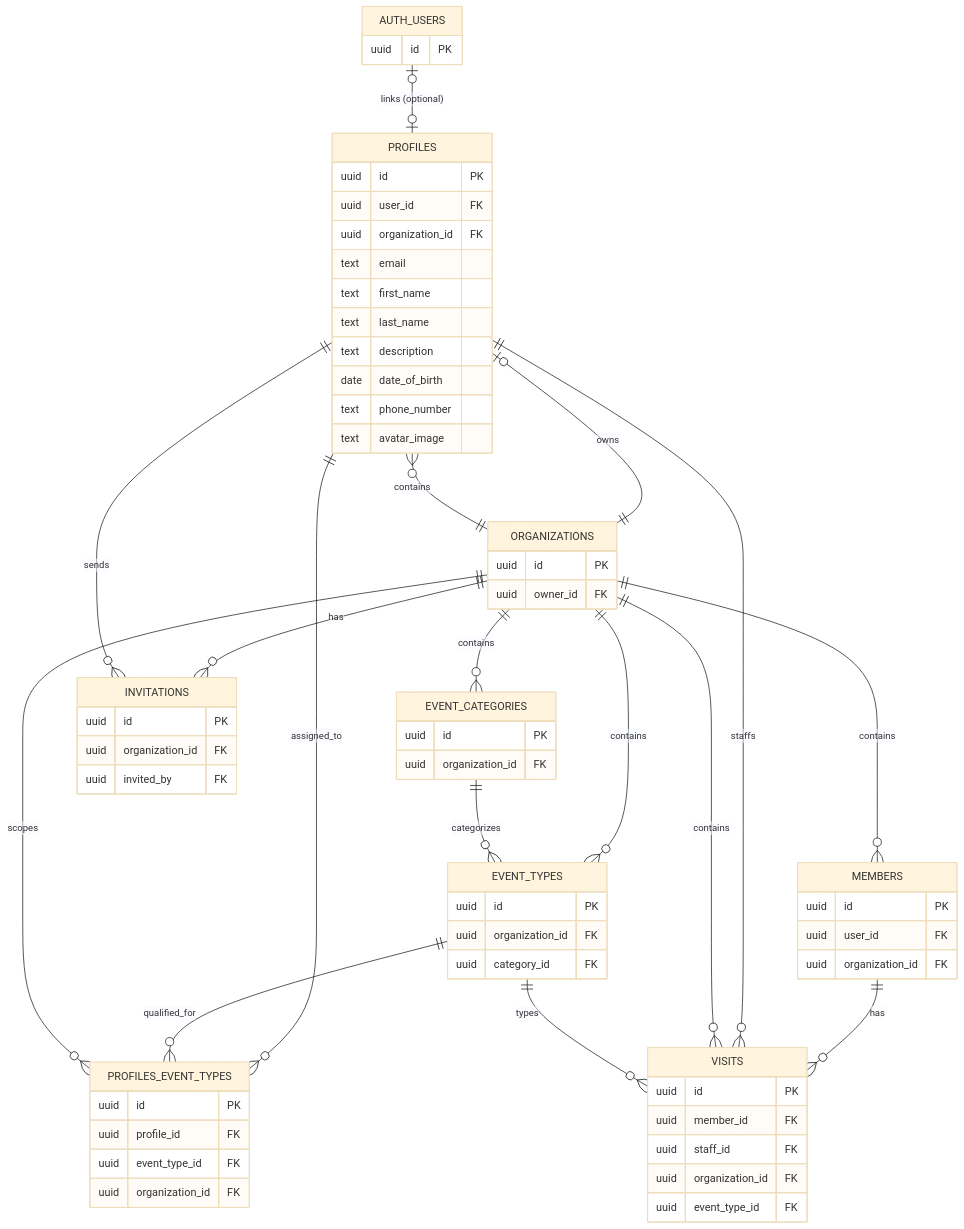
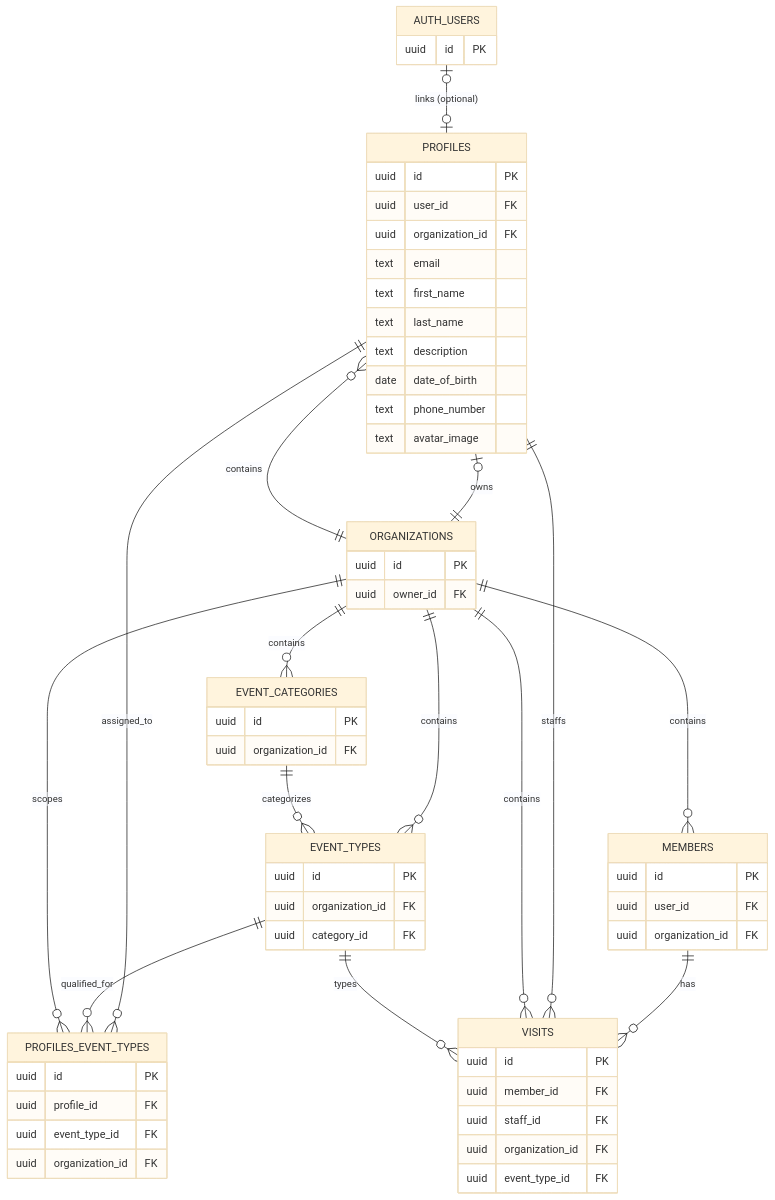
Before and after one commit to proginmind/wellness-manage: the diagram in README.md, drawn with Mermaid (base theme). The commit also changed other lines of this file and 39 other files, not shown here.

````diff
--- a/README.md
+++ b/README.md
@@ -113,71 +113,64 @@
 ```mermaid
 erDiagram
   AUTH_USERS {
     uuid id PK
   }
   ORGANIZATIONS {
     uuid id PK
     uuid owner_id FK
   }
   EVENT_CATEGORIES {
     uuid id PK
     uuid organization_id FK
   }
   EVENT_TYPES {
     uuid id PK
     uuid organization_id FK
     uuid category_id FK
-  }
-  INVITATIONS {
-    uuid id PK
-    uuid organization_id FK
-    uuid invited_by FK
   }
   MEMBERS {
     uuid id PK
     uuid user_id FK
     uuid organization_id FK
   }
   PROFILES {
     uuid id PK
     uuid user_id FK
     uuid organization_id FK
     text email
     text first_name
     text last_name
     text description
     date date_of_birth
     text phone_number
     text avatar_image
   }
   PROFILES_EVENT_TYPES {
     uuid id PK
     uuid profile_id FK
     uuid event_type_id FK
     uuid organization_id FK
   }
   VISITS {
     uuid id PK
     uuid member_id FK
     uuid staff_id FK
     uuid organization_id FK
     uuid event_type_id FK
   }
 
   AUTH_USERS o|--o| PROFILES : "links (optional)"
   PROFILES o|--|| ORGANIZATIONS : owns
   ORGANIZATIONS ||--o{ PROFILES : contains
   ORGANIZATIONS ||--o{ EVENT_CATEGORIES : contains
   ORGANIZATIONS ||--o{ EVENT_TYPES : contains
   EVENT_CATEGORIES ||--o{ EVENT_TYPES : categorizes
-  ORGANIZATIONS ||--o{ INVITATIONS : has
-  PROFILES ||--o{ INVITATIONS : sends
   ORGANIZATIONS ||--o{ MEMBERS : contains
   PROFILES ||--o{ PROFILES_EVENT_TYPES : assigned_to
   EVENT_TYPES ||--o{ PROFILES_EVENT_TYPES : qualified_for
   ORGANIZATIONS ||--o{ PROFILES_EVENT_TYPES : scopes
   MEMBERS ||--o{ VISITS : has
   PROFILES ||--o{ VISITS : staffs
   ORGANIZATIONS ||--o{ VISITS : contains
   EVENT_TYPES ||--o{ VISITS : types
 ```
````
